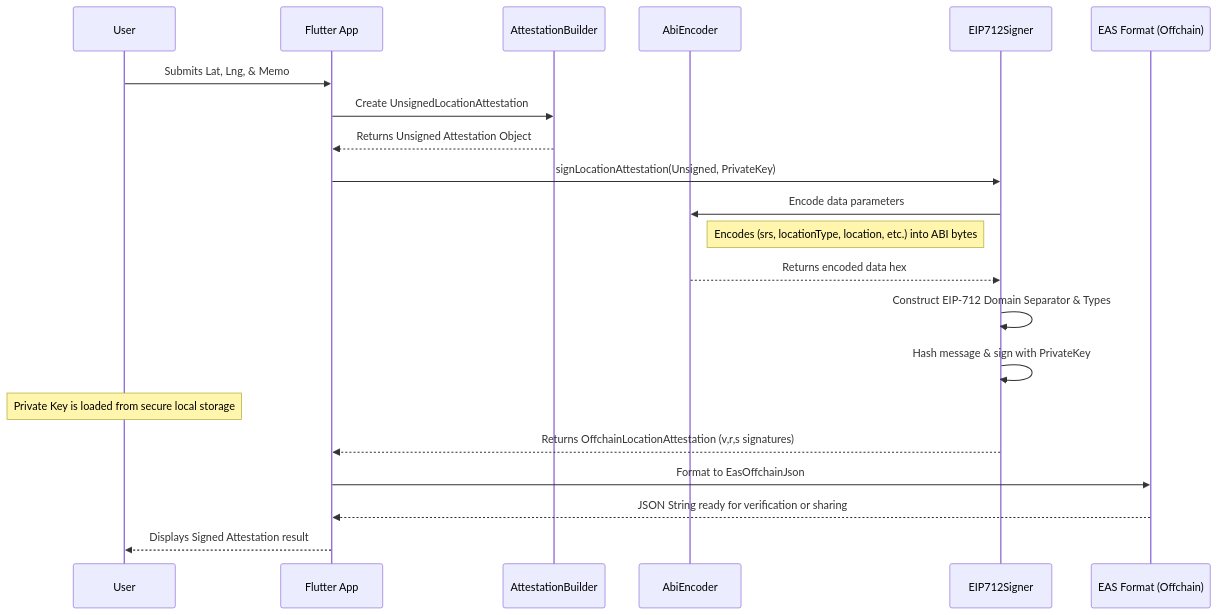
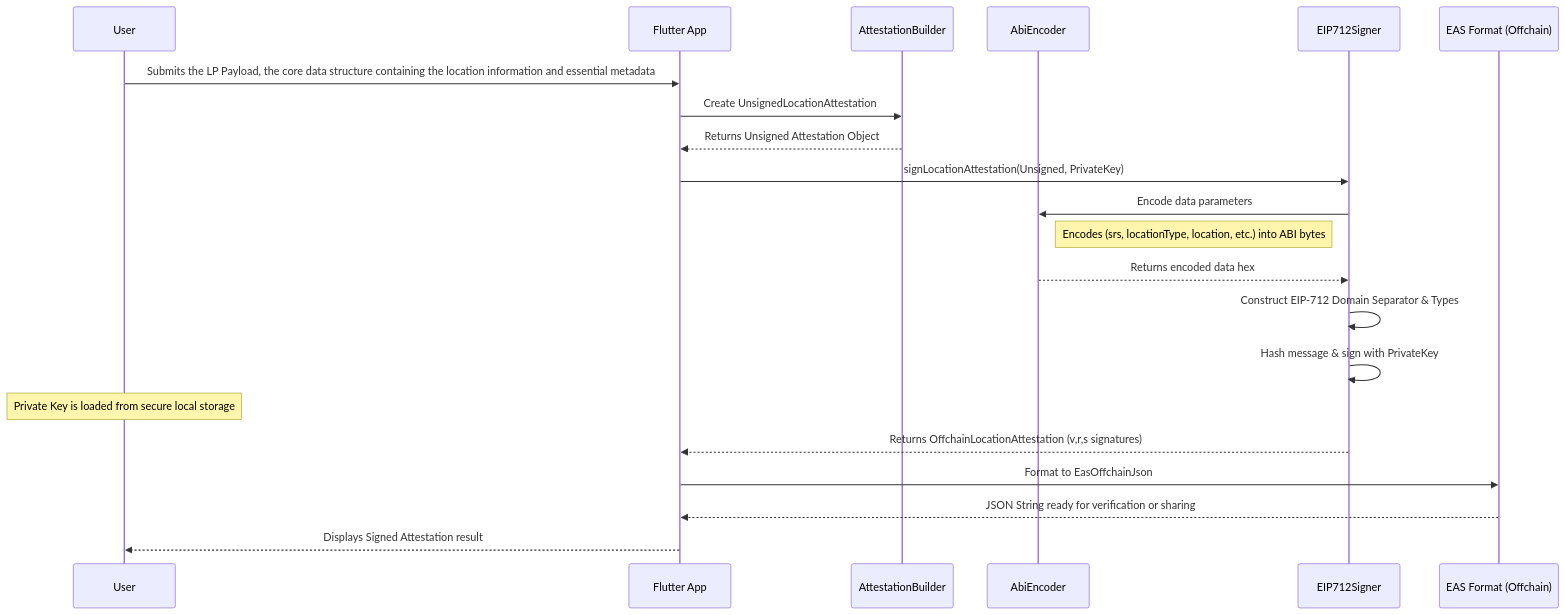
Before and after one commit to SethDocherty/location-protocol-flutter-app: the diagram in docs/location_protocol_architecture.md, drawn with Mermaid.

Commit message:
Clarifies data structure in architecture diagram
Refines the description of the initial user submission to emphasize the LP Payload as the central data structure for location information and metadata, providing a more accurate representation of the protocol flow.

````diff
--- a/docs/location_protocol_architecture.md
+++ b/docs/location_protocol_architecture.md
@@ -15,29 +15,29 @@
 ```mermaid
 sequenceDiagram
     participant User
     participant App as Flutter App
     participant Builder as AttestationBuilder
     participant Encoder as AbiEncoder
     participant Signer as EIP712Signer
     participant EAS as EAS Format (Offchain)
 
-    User->>App: Submits Lat, Lng, & Memo
+    User->>App: Submits the LP Payload, the core data structure containing the location information and essential metadata
     App->>Builder: Create UnsignedLocationAttestation
     Builder-->>App: Returns Unsigned Attestation Object
 
     App->>Signer: signLocationAttestation(Unsigned, PrivateKey)
     
     Signer->>Encoder: Encode data parameters
     Note right of Encoder: Encodes (srs, locationType, location, etc.) into ABI bytes
     Encoder-->>Signer: Returns encoded data hex
 
     Signer->>Signer: Construct EIP-712 Domain Separator & Types
     Signer->>Signer: Hash message & sign with PrivateKey
     Note over User: Private Key is loaded from secure local storage
 
     Signer-->>App: Returns OffchainLocationAttestation (v,r,s signatures)
 
     App->>EAS: Format to EasOffchainJson
     EAS-->>App: JSON String ready for verification or sharing
     App-->>User: Displays Signed Attestation result
 ```
````
